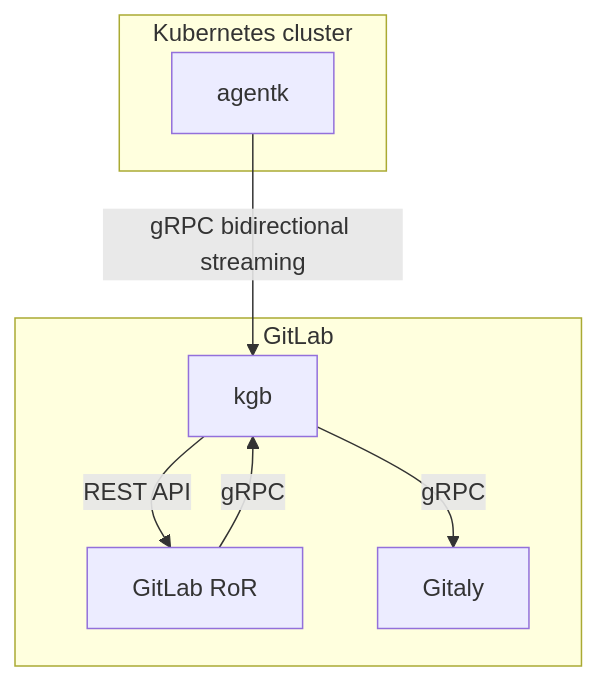
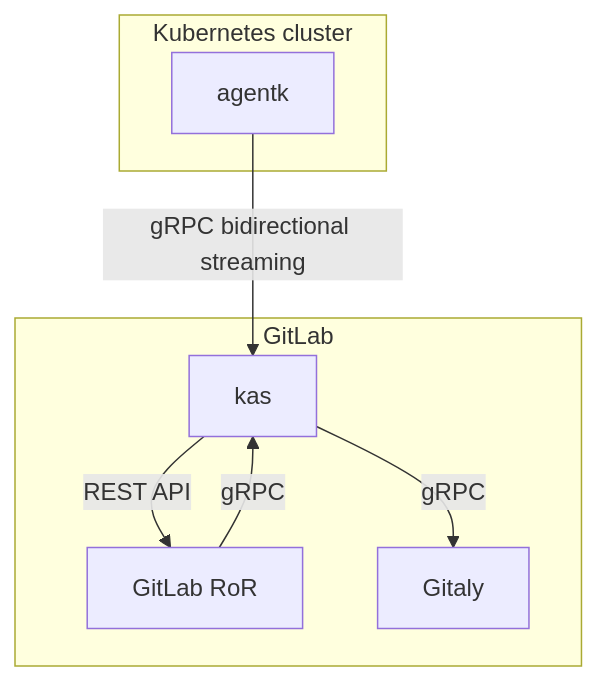
One commit to abaer123/gitlab-agent changed the diagram in doc/architecture.md. Above: the diagram before and after it, drawn with Mermaid. The commit also changed other lines of this file and 20 other files, not shown here.

First line of the commit message:
Rename kgb into kas

````diff
--- a/doc/architecture.md
+++ b/doc/architecture.md
@@ -19,15 +19,15 @@
 ```mermaid
 graph TB
-  agentk -- gRPC bidirectional streaming --> kgb
+  agentk -- gRPC bidirectional streaming --> kas
 
   subgraph "GitLab"
-  kgb[kgb]
-  GitLabRoR[GitLab RoR] -- gRPC --> kgb
-  kgb -- gRPC --> Gitaly[Gitaly]
-  kgb -- REST API --> GitLabRoR
+  kas[kas]
+  GitLabRoR[GitLab RoR] -- gRPC --> kas
+  kas -- gRPC --> Gitaly[Gitaly]
+  kas -- REST API --> GitLabRoR
   end
 
   subgraph "Kubernetes cluster"
   agentk[agentk]
   end
 ```
````
